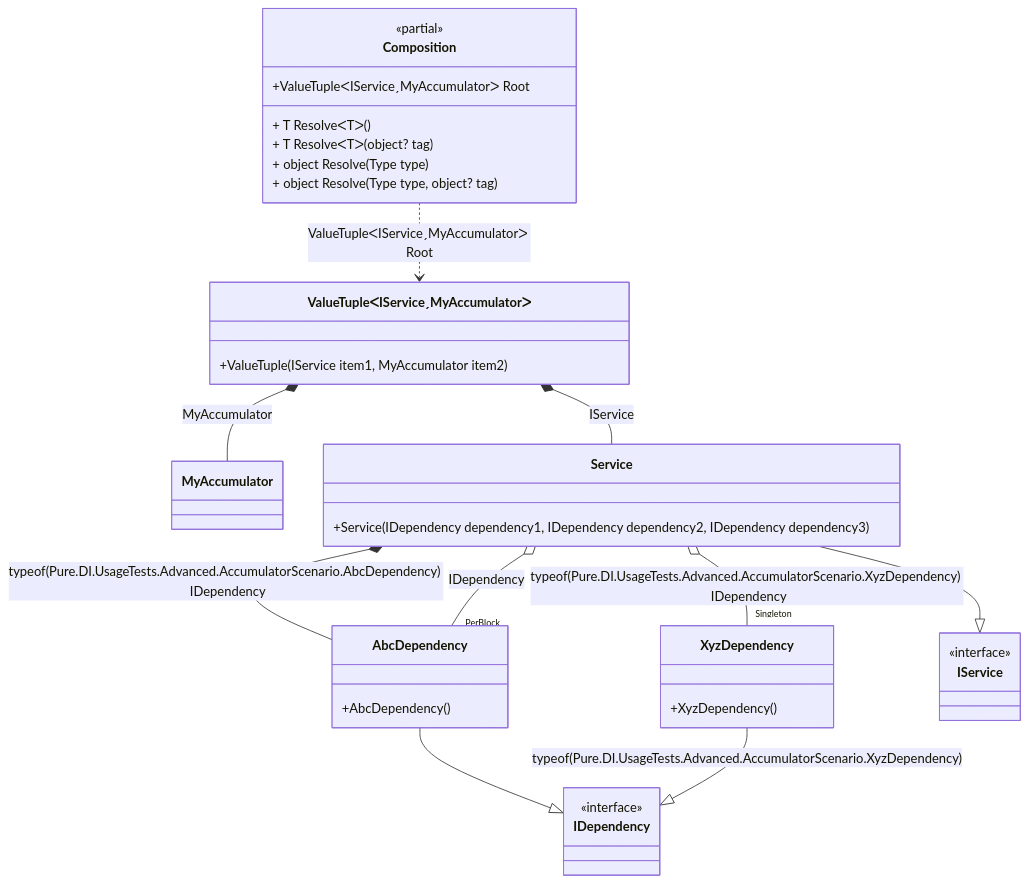
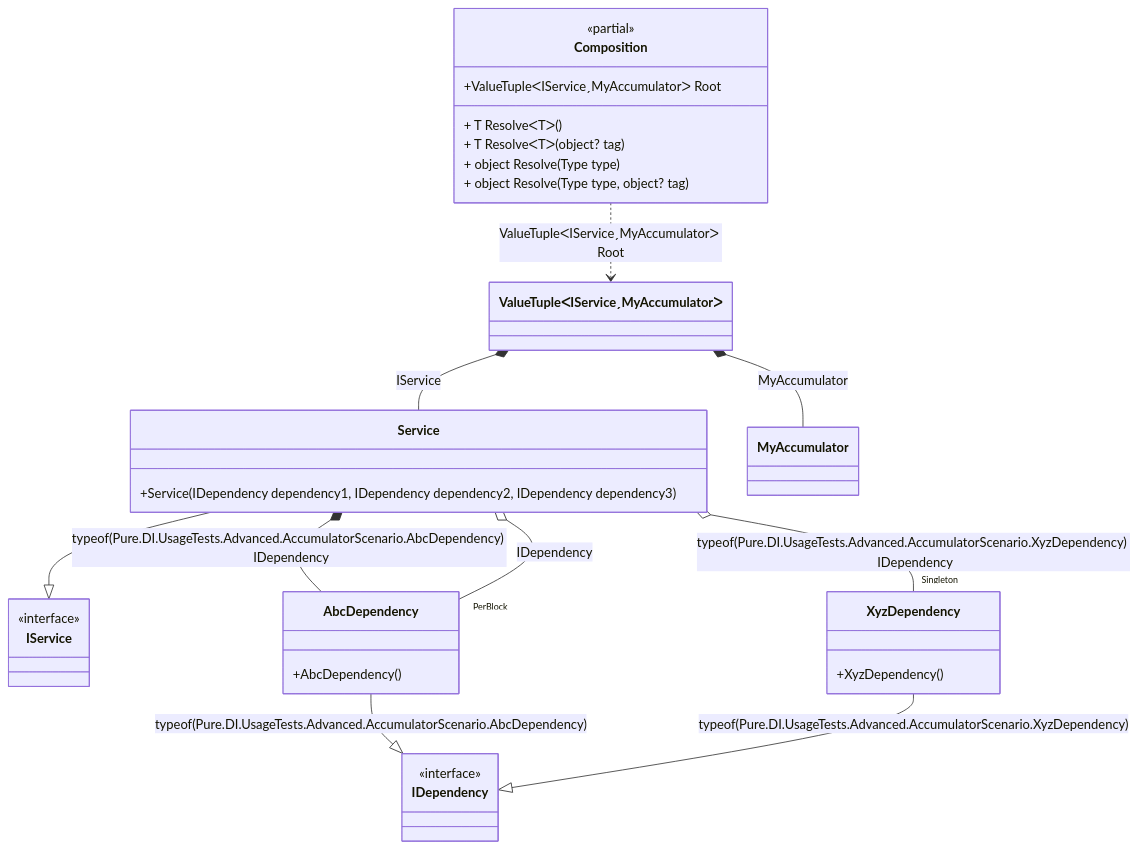
The diagram in readme/accumulators.md (DevTeam/Pure.DI), drawn with Mermaid before and after one commit. The commit also changed 92 other files, not shown here.

````diff
--- a/readme/accumulators.md
+++ b/readme/accumulators.md
@@ -230,39 +230,36 @@
 ```mermaid
 classDiagram
 	class Composition {
 		<<partial>>
 		+ValueTupleᐸIServiceˏMyAccumulatorᐳ Root
 		+ T ResolveᐸTᐳ()
 		+ T ResolveᐸTᐳ(object? tag)
 		+ object Resolve(Type type)
 		+ object Resolve(Type type, object? tag)
 	}
+	Service --|> IService
+	class Service {
+		+Service(IDependency dependency1, IDependency dependency2, IDependency dependency3)
+	}
 	class MyAccumulator
-	class ValueTupleᐸIServiceˏMyAccumulatorᐳ {
-		+ValueTuple(IService item1, MyAccumulator item2)
-	}
-	AbcDependency --|> IDependency
+	AbcDependency --|> IDependency : typeof(Pure.DI.UsageTests.Advanced.AccumulatorScenario.AbcDependency) 
 	class AbcDependency {
 		+AbcDependency()
 	}
 	XyzDependency --|> IDependency : typeof(Pure.DI.UsageTests.Advanced.AccumulatorScenario.XyzDependency) 
 	class XyzDependency {
 		+XyzDependency()
 	}
-	Service --|> IService
-	class Service {
-		+Service(IDependency dependency1, IDependency dependency2, IDependency dependency3)
+	class IService {
+		<<interface>>
 	}
 	class IDependency {
 		<<interface>>
 	}
-	class IService {
-		<<interface>>
-	}
+	Composition ..> ValueTupleᐸIServiceˏMyAccumulatorᐳ : ValueTupleᐸIServiceˏMyAccumulatorᐳ Root
 	ValueTupleᐸIServiceˏMyAccumulatorᐳ *--  Service : IService
 	ValueTupleᐸIServiceˏMyAccumulatorᐳ *--  MyAccumulator : MyAccumulator
-	Composition ..> ValueTupleᐸIServiceˏMyAccumulatorᐳ : ValueTupleᐸIServiceˏMyAccumulatorᐳ Root
 	Service *--  AbcDependency : typeof(Pure.DI.UsageTests.Advanced.AccumulatorScenario.AbcDependency)  IDependency
 	Service o-- "Singleton" XyzDependency : typeof(Pure.DI.UsageTests.Advanced.AccumulatorScenario.XyzDependency)  IDependency
 	Service o-- "PerBlock" AbcDependency : IDependency
 ```
````
